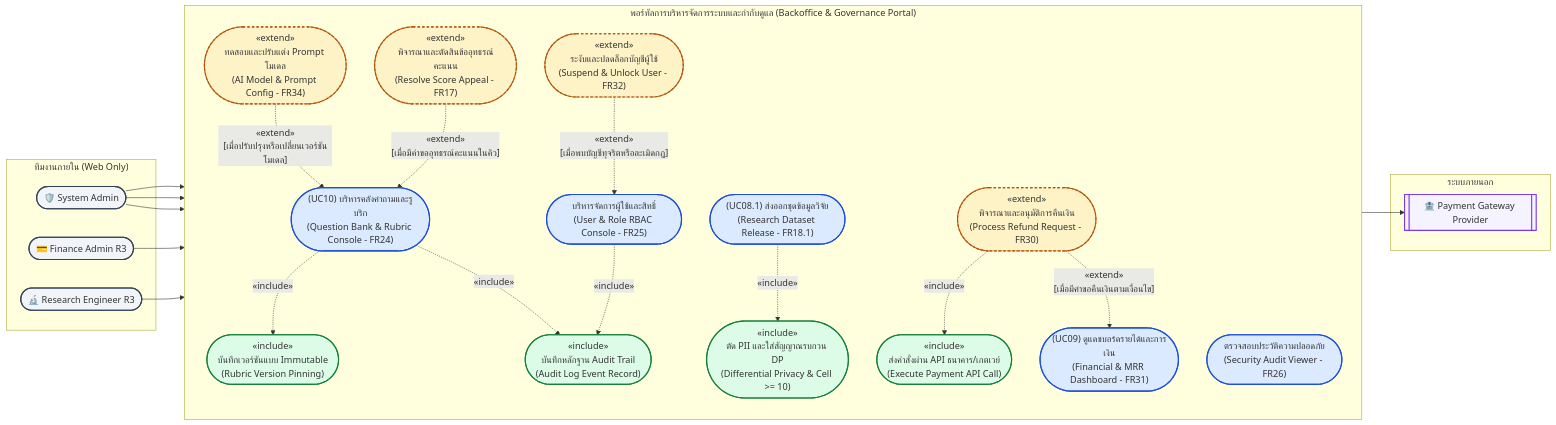
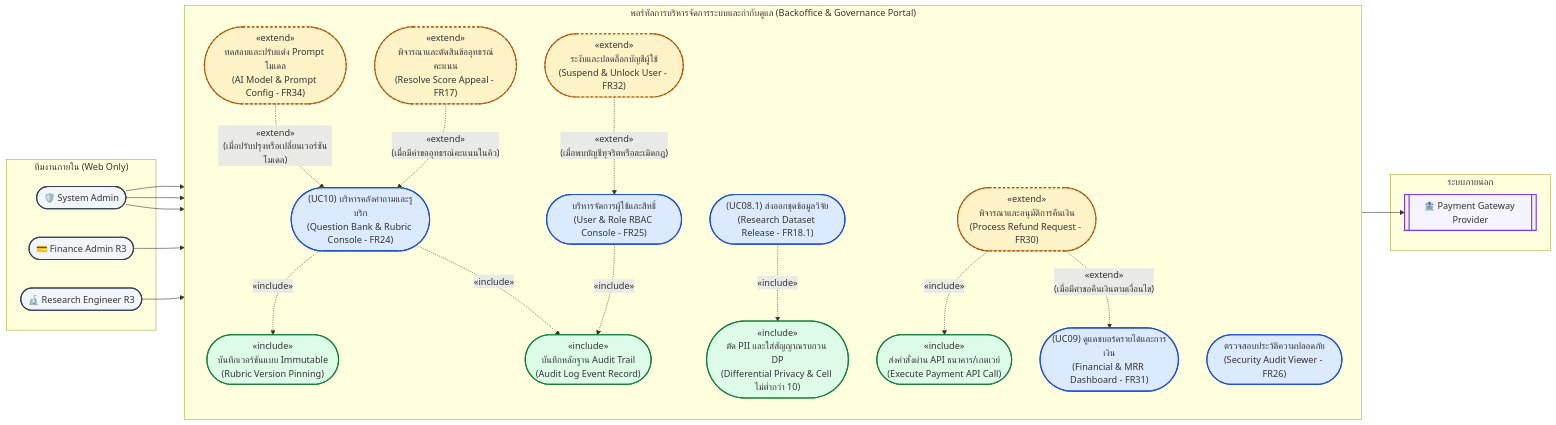
Before and after one commit to Phoomss/interviewx-datahub: the fifth of 5 diagrams in docs-interviex/04_System_Architecture/v1.1_diagrams/InterviewX_Use_Case_Diagrams_v1.1.md, drawn with Mermaid. The commit also changed other lines of this file and 21 other files, not shown here.

Commit message:
fix error Unable to render rich display for all diagram

````diff
--- a/docs-interviex/04_System_Architecture/v1.1_diagrams/InterviewX_Use_Case_Diagrams_v1.1.md
+++ b/docs-interviex/04_System_Architecture/v1.1_diagrams/InterviewX_Use_Case_Diagrams_v1.1.md
@@ -534,7 +534,7 @@
 (Audit Log Event Record)"])
     INC_DiffPrivacy(["«include»
 ตัด PII และใส่สัญญาณรบกวน DP
-(Differential Privacy & Cell >= 10)"])
+(Differential Privacy & Cell ไม่ต่ำกว่า 10)"])
     INC_PaymentAPI(["«include»
 ส่งคำสั่งผ่าน API ธนาคาร/เกตเวย์
 (Execute Payment API Call)"])
@@ -566,28 +566,28 @@
   Researcher --> UC_ResearchExport
 
   %% Includes
-  UC_ManageQuestions -. "«include»" .-> INC_ImmutableVersion
-  UC_ManageQuestions -. "«include»" .-> INC_AuditTrail
-  UC_ManageUsers -. "«include»" .-> INC_AuditTrail
-  UC_ResearchExport -. "«include»" .-> INC_DiffPrivacy
-  EXT_ProcessRefund -. "«include»" .-> INC_PaymentAPI
+  UC_ManageQuestions -.->|"«include»"| INC_ImmutableVersion
+  UC_ManageQuestions -.->|"«include»"| INC_AuditTrail
+  UC_ManageUsers -.->|"«include»"| INC_AuditTrail
+  UC_ResearchExport -.->|"«include»"| INC_DiffPrivacy
+  EXT_ProcessRefund -.->|"«include»"| INC_PaymentAPI
   INC_PaymentAPI --> PaymentGateway
 
   %% Extends
-  EXT_ConfigPrompt -. "«extend»\n[เมื่อปรับปรุงหรือเปลี่ยนเวอร์ชันโมเดล]" .-> UC_ManageQuestions
-  EXT_SuspendAccount -. "«extend»\n[เมื่อพบบัญชีทุจริตหรือละเมิดกฎ]" .-> UC_ManageUsers
-  EXT_ResolveAppeal -. "«extend»\n[เมื่อมีคำขออุทธรณ์คะแนนในคิว]" .-> UC_ManageQuestions
-  EXT_ProcessRefund -. "«extend»\n[เมื่อมีคำขอคืนเงินตามเงื่อนไข]" .-> UC_FinancialDashboard
+  EXT_ConfigPrompt -.->|"«extend»<br/>(เมื่อปรับปรุงหรือเปลี่ยนเวอร์ชันโมเดล)"| UC_ManageQuestions
+  EXT_SuspendAccount -.->|"«extend»<br/>(เมื่อพบบัญชีทุจริตหรือละเมิดกฎ)"| UC_ManageUsers
+  EXT_ResolveAppeal -.->|"«extend»<br/>(เมื่อมีคำขออุทธรณ์คะแนนในคิว)"| UC_ManageQuestions
+  EXT_ProcessRefund -.->|"«extend»<br/>(เมื่อมีคำขอคืนเงินตามเงื่อนไข)"| UC_FinancialDashboard
 
-  classDef baseStyle fill:#dbeafe,stroke:#1d4ed8,stroke-width:2px;
-  classDef incStyle fill:#dcfce7,stroke:#15803d,stroke-width:2px;
-  classDef extStyle fill:#fef3c7,stroke:#b45309,stroke-width:2px,stroke-dasharray:4 4;
-  classDef actorStyle fill:#f1f5f9,stroke:#334155,stroke-width:2px;
-  classDef extSysStyle fill:#f5f3ff,stroke:#7c3aed,stroke-width:2px;
+  classDef baseStyle fill:#dbeafe,stroke:#1d4ed8,stroke-width:2px
+  classDef incStyle fill:#dcfce7,stroke:#15803d,stroke-width:2px
+  classDef extStyle fill:#fef3c7,stroke:#b45309,stroke-width:2px,stroke-dasharray:4 4
+  classDef actorStyle fill:#f1f5f9,stroke:#334155,stroke-width:2px
+  classDef extSysStyle fill:#f5f3ff,stroke:#7c3aed,stroke-width:2px
 
-  class UC_ManageQuestions,UC_ManageUsers,UC_AuditViewer,UC_FinancialDashboard,UC_ResearchExport baseStyle;
-  class INC_ImmutableVersion,INC_AuditTrail,INC_DiffPrivacy,INC_PaymentAPI incStyle;
-  class EXT_ConfigPrompt,EXT_SuspendAccount,EXT_ResolveAppeal,EXT_ProcessRefund extStyle;
-  class Admin,Finance,Researcher actorStyle;
-  class PaymentGateway extSysStyle;
+  class UC_ManageQuestions,UC_ManageUsers,UC_AuditViewer,UC_FinancialDashboard,UC_ResearchExport baseStyle
+  class INC_ImmutableVersion,INC_AuditTrail,INC_DiffPrivacy,INC_PaymentAPI incStyle
+  class EXT_ConfigPrompt,EXT_SuspendAccount,EXT_ResolveAppeal,EXT_ProcessRefund extStyle
+  class Admin,Finance,Researcher actorStyle
+  class PaymentGateway extSysStyle
 ```
````
